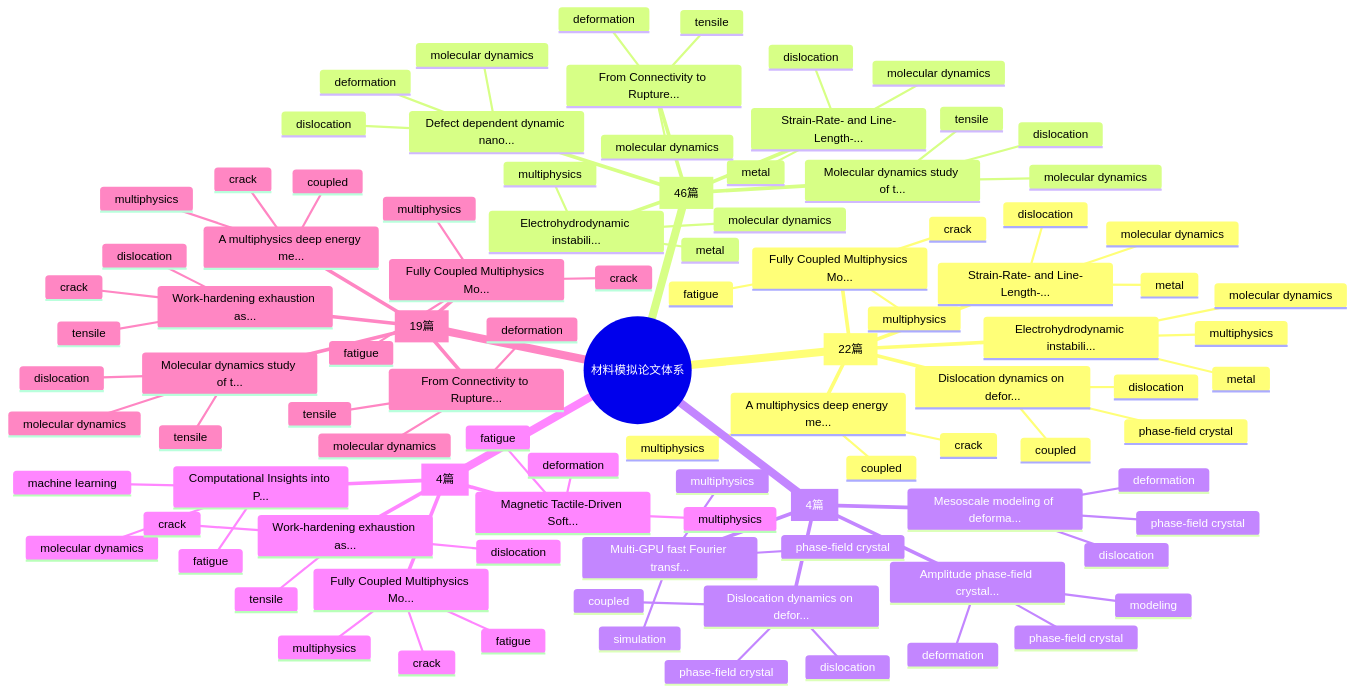
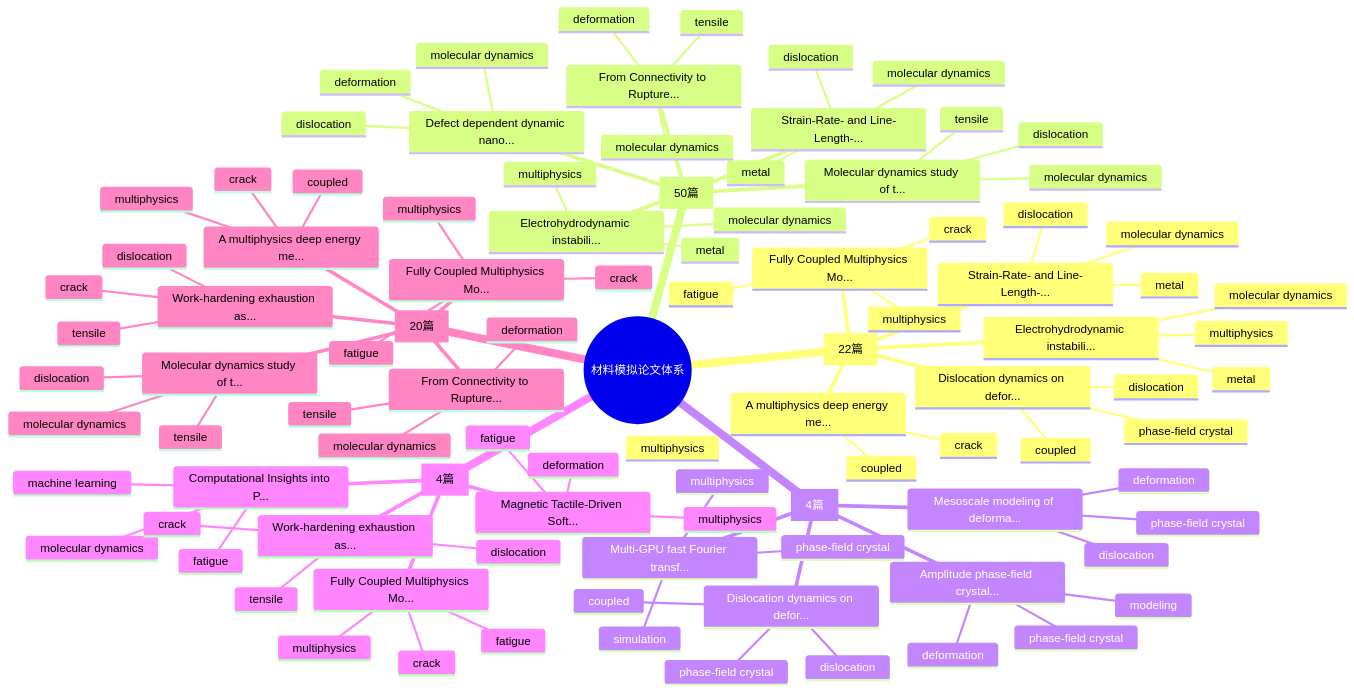
Before and after one commit to Shirakawa11111/BJK_readpaper: the first of 2 diagrams in reports/knowledge_graph.md, drawn with Mermaid. The commit also changed other lines of this file and 11 other files, not shown here.

```diff
--- a/reports/knowledge_graph.md
+++ b/reports/knowledge_graph.md
@@ -28,7 +28,7 @@
         molecular dynamics
         dislocation
         metal
-    Molecular Dynamics [46篇]
+    Molecular Dynamics [50篇]
       Molecular dynamics study of t...
         molecular dynamics
         dislocation
@@ -83,7 +83,7 @@
         multiphysics
         fatigue
         deformation
-    Tensile / Deformation Simulation [19篇]
+    Tensile / Deformation Simulation [20篇]
       Fully Coupled Multiphysics Mo...
         fatigue
         multiphysics
```
